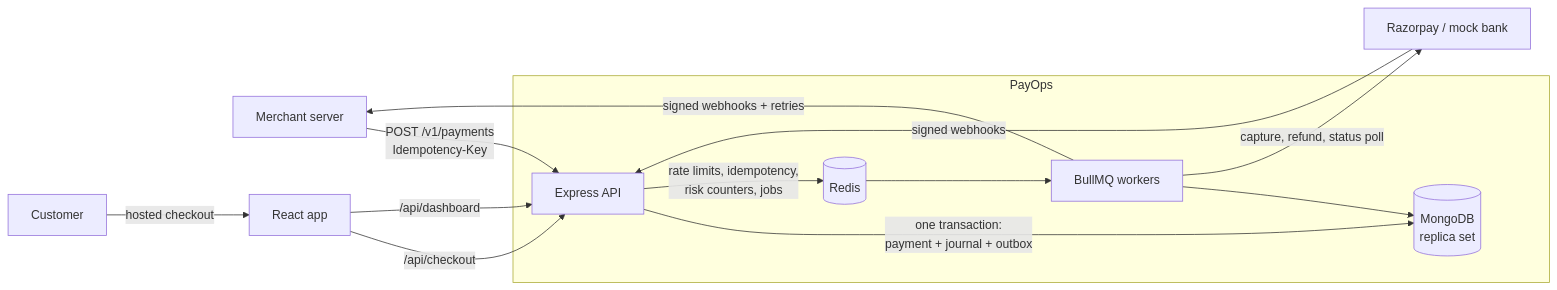
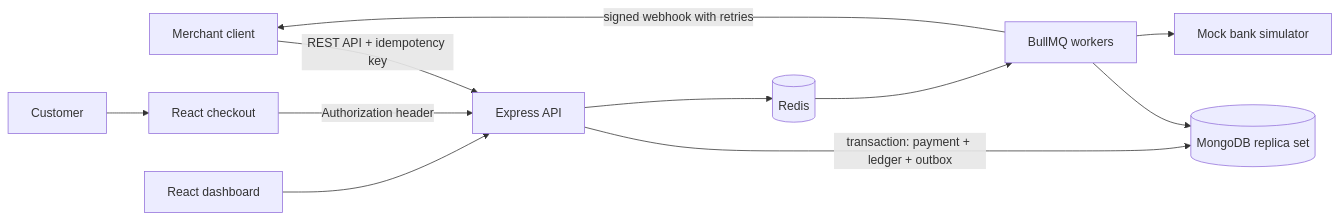
Before and after one commit to Adityaraj-r/PayOps: the diagram in README.md, drawn with Mermaid. The commit also changed other lines of this file and 7 other files, not shown here.

Commit message:
Polish PayOps interview documentation and recovery

````diff
--- a/README.md
+++ b/README.md
@@ -167,22 +15,13 @@
 ```mermaid
 flowchart LR
-  M[Merchant server] -- "POST /v1/payments<br/>Idempotency-Key" --> API
-  C[Customer] -- hosted checkout --> D[React app]
-  D -- /api/checkout --> API
-  D -- /api/dashboard --> API
-
-  subgraph PayOps
-    API[Express API]
-    W[BullMQ workers]
-    DB[(MongoDB<br/>replica set)]
-    R[(Redis)]
-  end
-
-  API -- "one transaction:<br/>payment + journal + outbox" --> DB
-  API -- "rate limits, idempotency,<br/>risk counters, jobs" --> R
-  R --> W
-  W --> DB
-  B[Razorpay / mock bank] -- signed webhooks --> API
-  W -- "capture, refund, status poll" --> B
-  W -- "signed webhooks + retries" --> M
+  Merchant[Merchant client] -->|REST API + idempotency key| API[Express API]
+  Customer[Customer] --> Checkout[React checkout]
+  Checkout -->|Authorization header| API
+  API -->|transaction: payment + ledger + outbox| Mongo[(MongoDB replica set)]
+  API --> Redis[(Redis)]
+  Redis --> Worker[BullMQ workers]
+  Worker --> Mongo
+  Worker --> Mock[Mock bank simulator]
+  Worker -->|signed webhook with retries| Merchant
+  Dashboard[React dashboard] --> API
 ```
````
